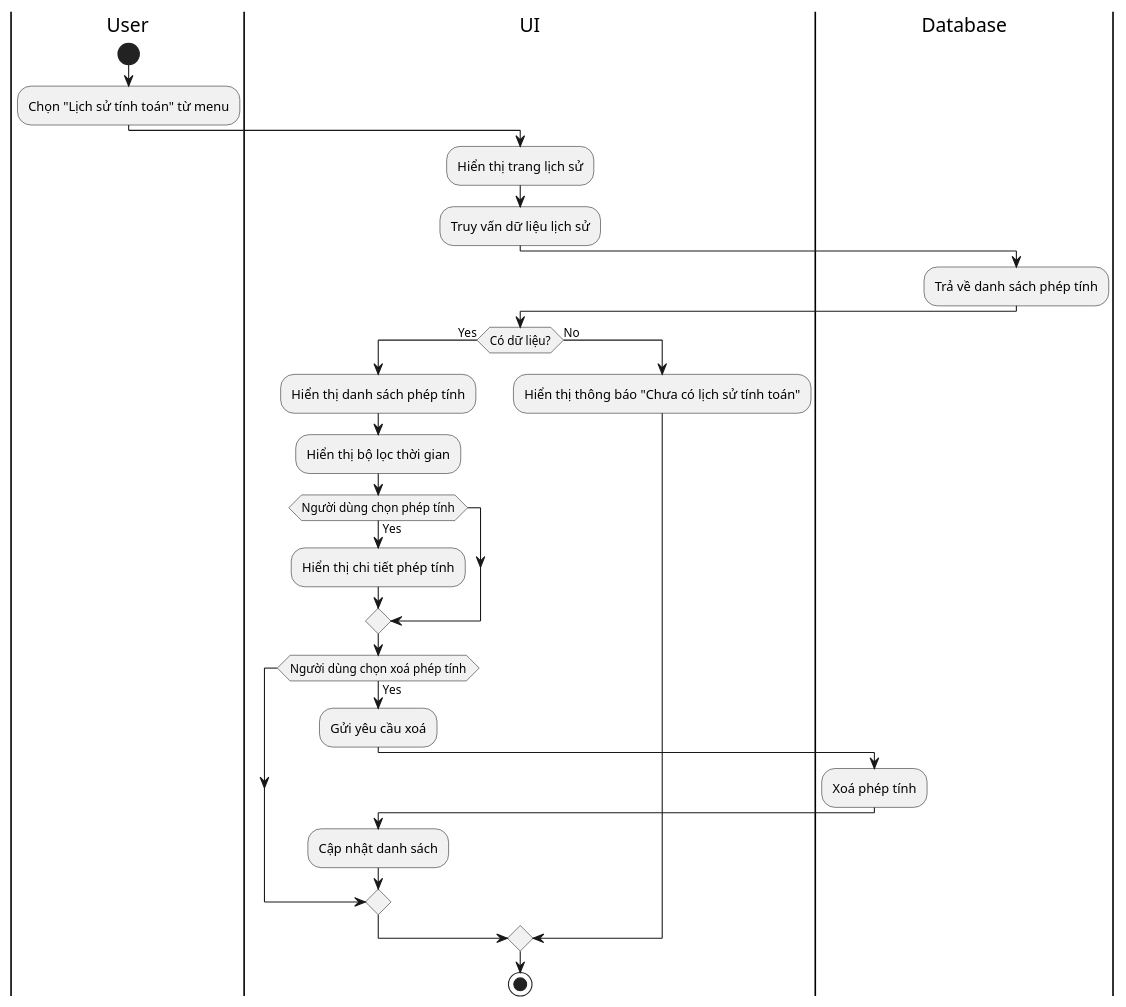
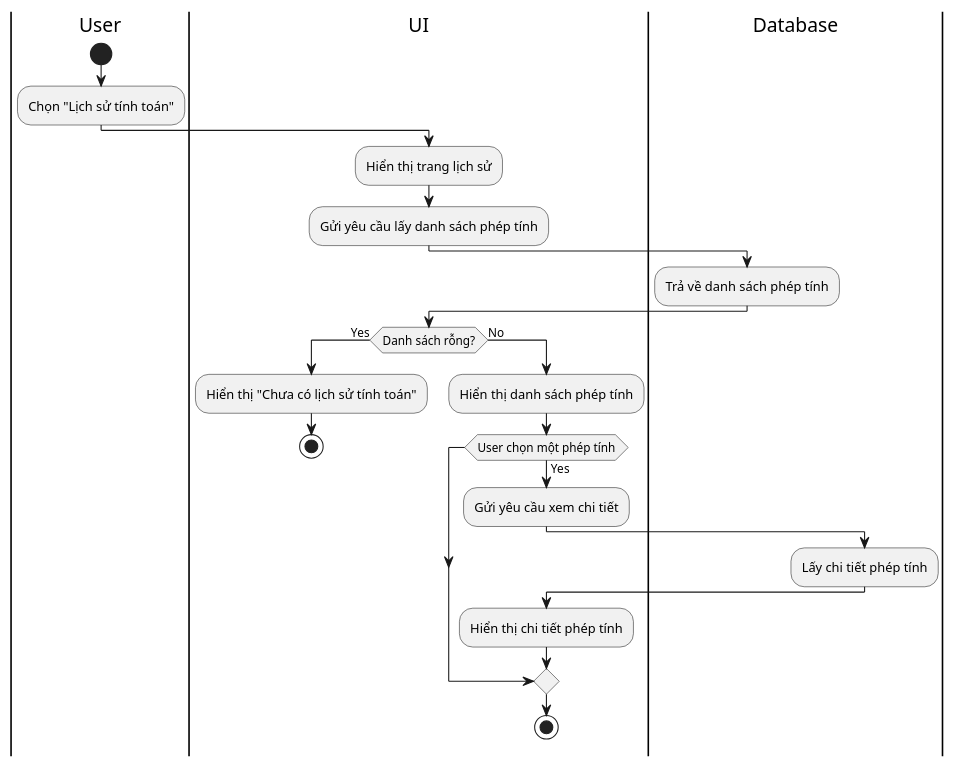
Before and after one commit to Gragy08/DADN_GQ: the diagram in UML/calculateHistory_activity.plantuml, drawn with PlantUML. The commit also changed 14 other files, not shown here.

```diff
--- a/UML/calculateHistory_activity.plantuml
+++ b/UML/calculateHistory_activity.plantuml
@@ -1,31 +1,30 @@
 @startuml
 |User|
 start
-:Chọn "Lịch sử tính toán" từ menu;
+:Chọn "Lịch sử tính toán";
 
 |UI|
 :Hiển thị trang lịch sử;
-:Truy vấn dữ liệu lịch sử;
+:Gửi yêu cầu lấy danh sách phép tính;
 
 |Database|
 :Trả về danh sách phép tính;
 
 |UI|
-if (Có dữ liệu?) then (Yes)
+if (Danh sách rỗng?) then (Yes)
+  :Hiển thị "Chưa có lịch sử tính toán";
+  stop
+else (No)
   :Hiển thị danh sách phép tính;
-  :Hiển thị bộ lọc thời gian;
-  if (Người dùng chọn phép tính) then (Yes)
+  if (User chọn một phép tính) then (Yes)
+    :Gửi yêu cầu xem chi tiết;
+    
+    |Database|
+    :Lấy chi tiết phép tính;
+    
+    |UI|
     :Hiển thị chi tiết phép tính;
   endif
-  if (Người dùng chọn xoá phép tính) then (Yes)
-    :Gửi yêu cầu xoá;
-    |Database|
-    :Xoá phép tính;
-    |UI|
-    :Cập nhật danh sách;
-  endif
-else (No)
-  :Hiển thị thông báo "Chưa có lịch sử tính toán";
+  stop
 endif
-stop
 @enduml
```
